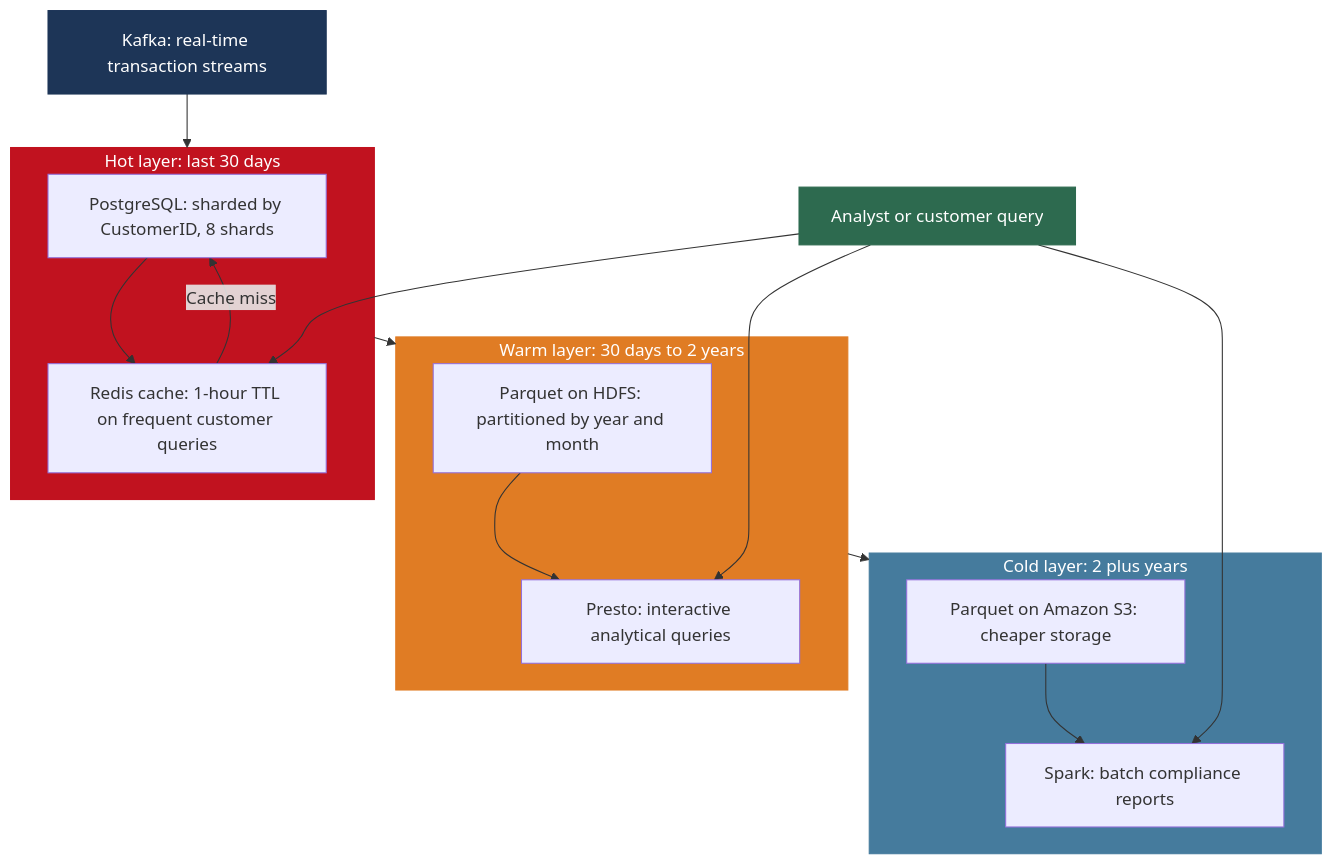
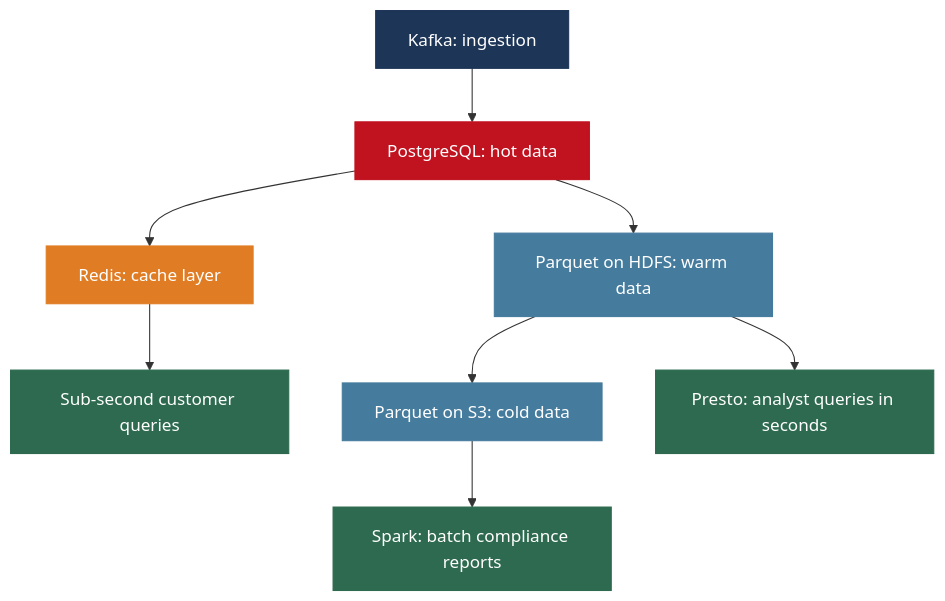
One commit to MuhammadTahaNasir/Big-Data-Analytics-Notes changed diagram 15 of 16 in Week3/Lecture3_Partitioning_Sharding_Caching_QueryOpt.md. Above: the diagram before and after it, drawn with Mermaid. The commit also changed other lines of this file, not shown here.

First line of the commit message:
Add Week 3 Lecture notes on data management techniques

````diff
--- a/Week3/Lecture3_Partitioning_Sharding_Caching_QueryOpt.md
+++ b/Week3/Lecture3_Partitioning_Sharding_Caching_QueryOpt.md
@@ -581,36 +585,20 @@
 ```mermaid
 flowchart TD
-    INGEST[Kafka: real-time transaction streams] --> HOT
+    KAFKA[Kafka: ingestion] --> PG[PostgreSQL: hot data]
+    PG --> REDIS2[Redis: cache layer]
+    PG --> HDFS[Parquet on HDFS: warm data]
+    HDFS --> S3F[Parquet on S3: cold data]
 
-    subgraph HOT[Hot layer: last 30 days]
-        PG[PostgreSQL: sharded by CustomerID, 8 shards]
-        REDIS2[Redis cache: 1-hour TTL on frequent customer queries]
-        PG --> REDIS2
-    end
+    REDIS2 --> Q1[Sub-second customer queries]
+    HDFS --> Q2[Presto: analyst queries in seconds]
+    S3F --> Q3[Spark: batch compliance reports]
 
-    subgraph WARM[Warm layer: 30 days to 2 years]
-        PAR[Parquet on HDFS: partitioned by year and month]
-        PREST[Presto: interactive analytical queries]
-        PAR --> PREST
-    end
-
-    subgraph COLD[Cold layer: 2 plus years]
-        S3F[Parquet on Amazon S3: cheaper storage]
-        SPARK2[Spark: batch compliance reports]
-        S3F --> SPARK2
-    end
-
-    HOT --> WARM
-    WARM --> COLD
-
-    QUERY[Analyst or customer query] --> REDIS2
-    REDIS2 -->|Cache miss| PG
-    QUERY --> PREST
-    QUERY --> SPARK2
-
-    style INGEST fill:#1d3557,color:#fff,stroke:#1d3557
-    style HOT fill:#c1121f,color:#fff,stroke:#c1121f
-    style WARM fill:#e07c24,color:#fff,stroke:#e07c24
-    style COLD fill:#457b9d,color:#fff,stroke:#457b9d
-    style QUERY fill:#2d6a4f,color:#fff,stroke:#2d6a4f
+    style KAFKA fill:#1d3557,color:#fff,stroke:#1d3557
+    style PG fill:#c1121f,color:#fff,stroke:#c1121f
+    style REDIS2 fill:#e07c24,color:#fff,stroke:#e07c24
+    style HDFS fill:#457b9d,color:#fff,stroke:#457b9d
+    style S3F fill:#457b9d,color:#fff,stroke:#457b9d
+    style Q1 fill:#2d6a4f,color:#fff,stroke:#2d6a4f
+    style Q2 fill:#2d6a4f,color:#fff,stroke:#2d6a4f
+    style Q3 fill:#2d6a4f,color:#fff,stroke:#2d6a4f
 ```
````
